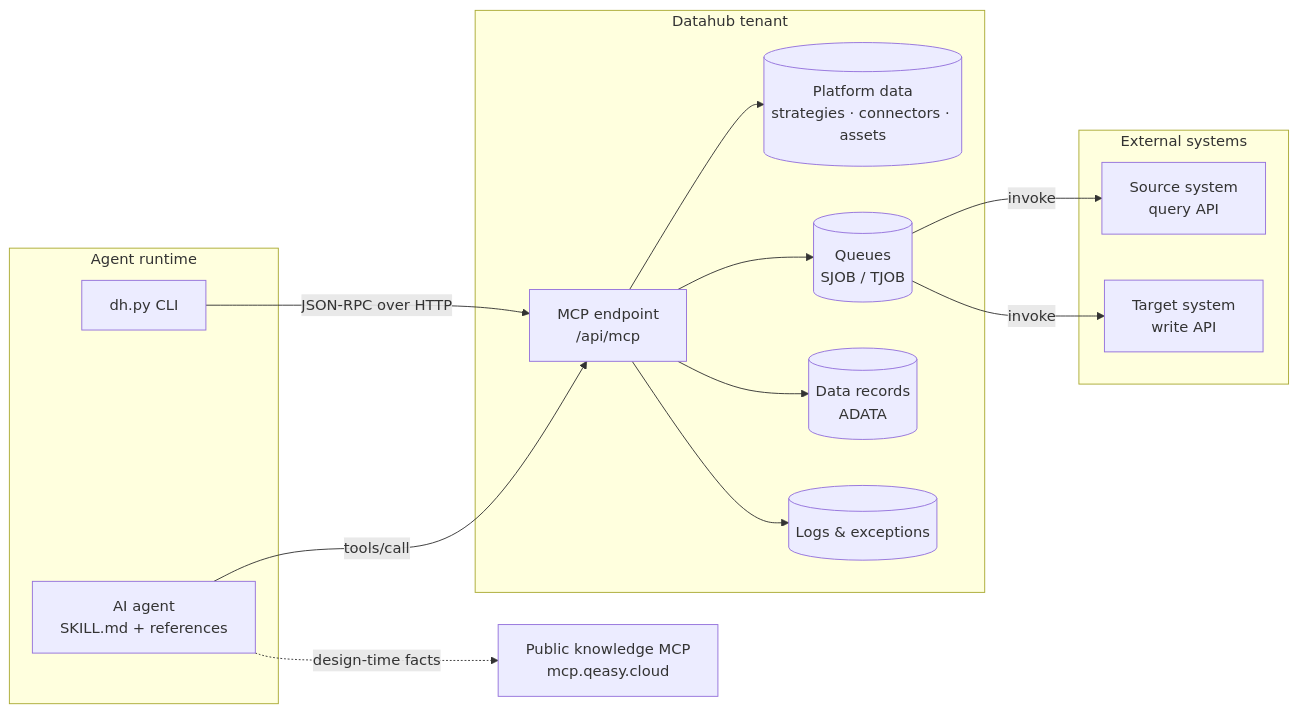
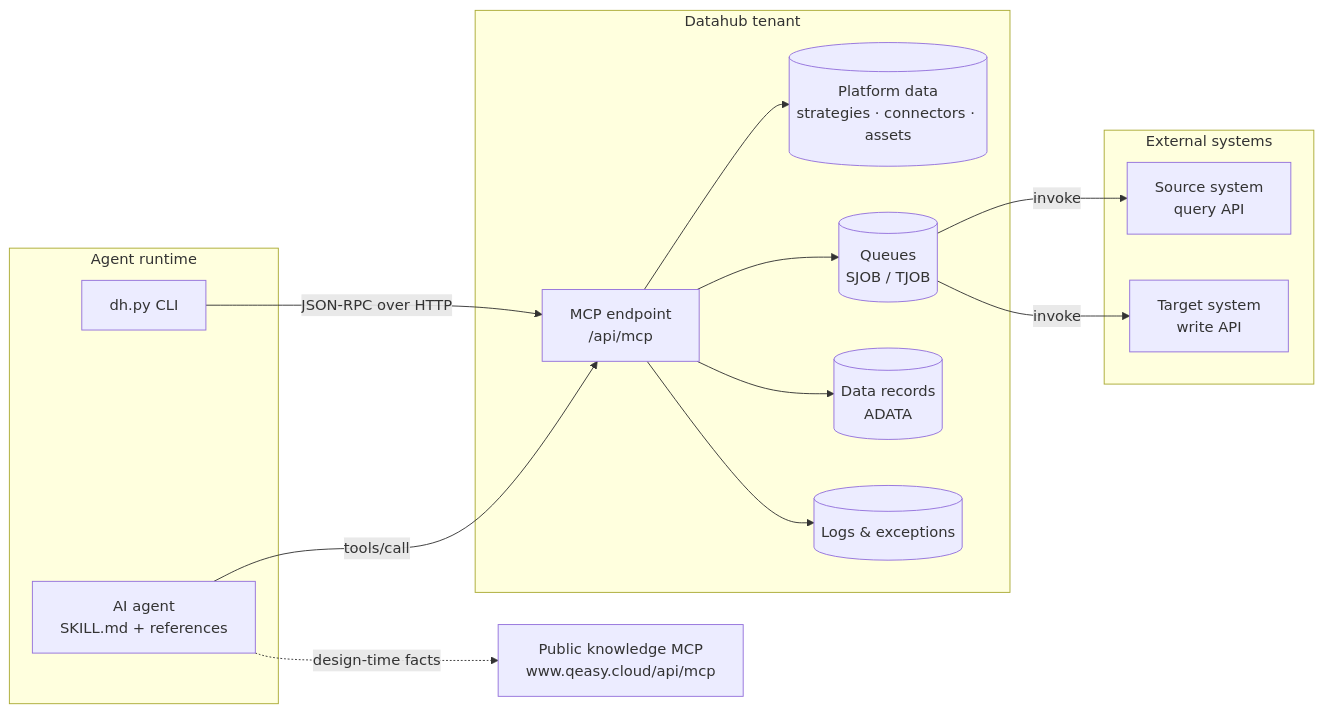
Before and after one commit to qeasy-cloud/datahub-mcp-ops: the first of 6 diagrams in docs/architecture.md, drawn with Mermaid. The commit also changed other lines of this file and 25 other files, not shown here.

````diff
--- a/docs/architecture.md
+++ b/docs/architecture.md
@@ -9,29 +9,29 @@
 ```mermaid
 flowchart LR
     subgraph Agent runtime
         A[AI agent<br/>SKILL.md + references]
         C[dh.py CLI]
     end
 
     subgraph Datahub tenant
         M[MCP endpoint<br/>/api/mcp]
         P[(Platform data<br/>strategies · connectors · assets)]
         Q[(Queues<br/>SJOB / TJOB)]
         D[(Data records<br/>ADATA)]
         L[(Logs & exceptions)]
     end
 
     subgraph External systems
         S[Source system<br/>query API]
         E[Target system<br/>write API]
     end
 
-    K[Public knowledge MCP<br/>mcp.qeasy.cloud]
+    K[Public knowledge MCP<br/>www.qeasy.cloud/api/mcp]
 
     A -->|tools/call| M
     C -->|JSON-RPC over HTTP| M
     M --> P & Q & D & L
     Q -->|invoke| S
     Q -->|invoke| E
     A -.->|design-time facts| K
 ```
````
